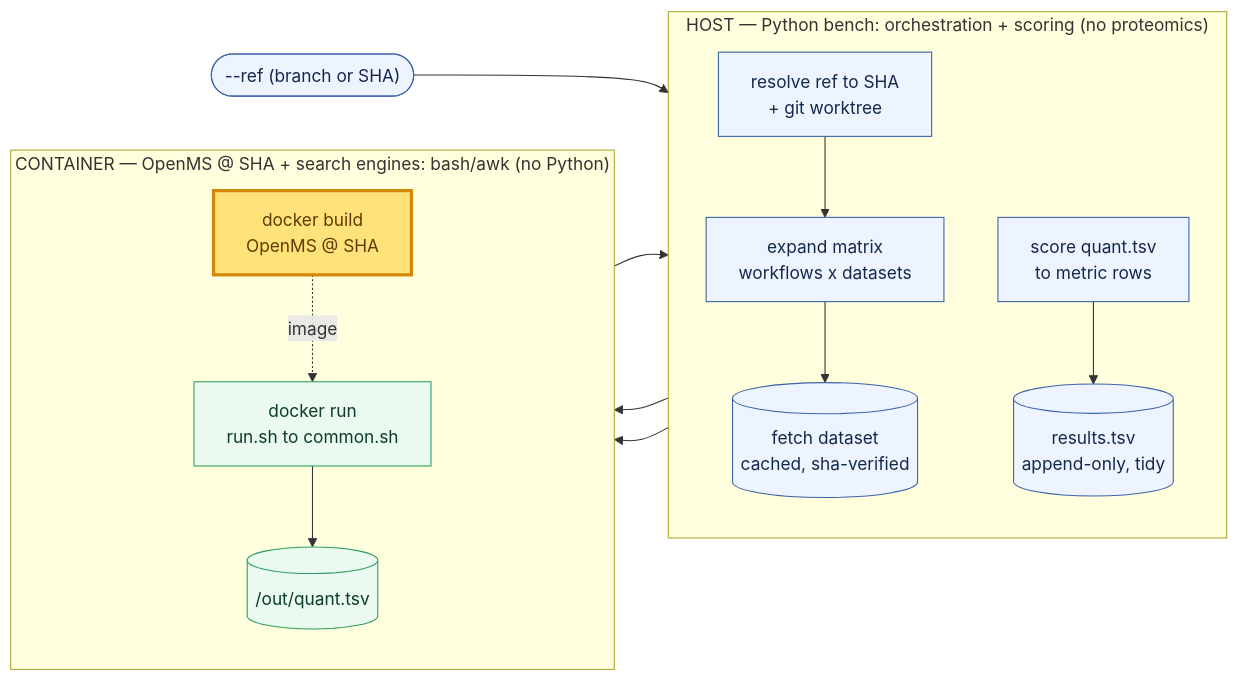
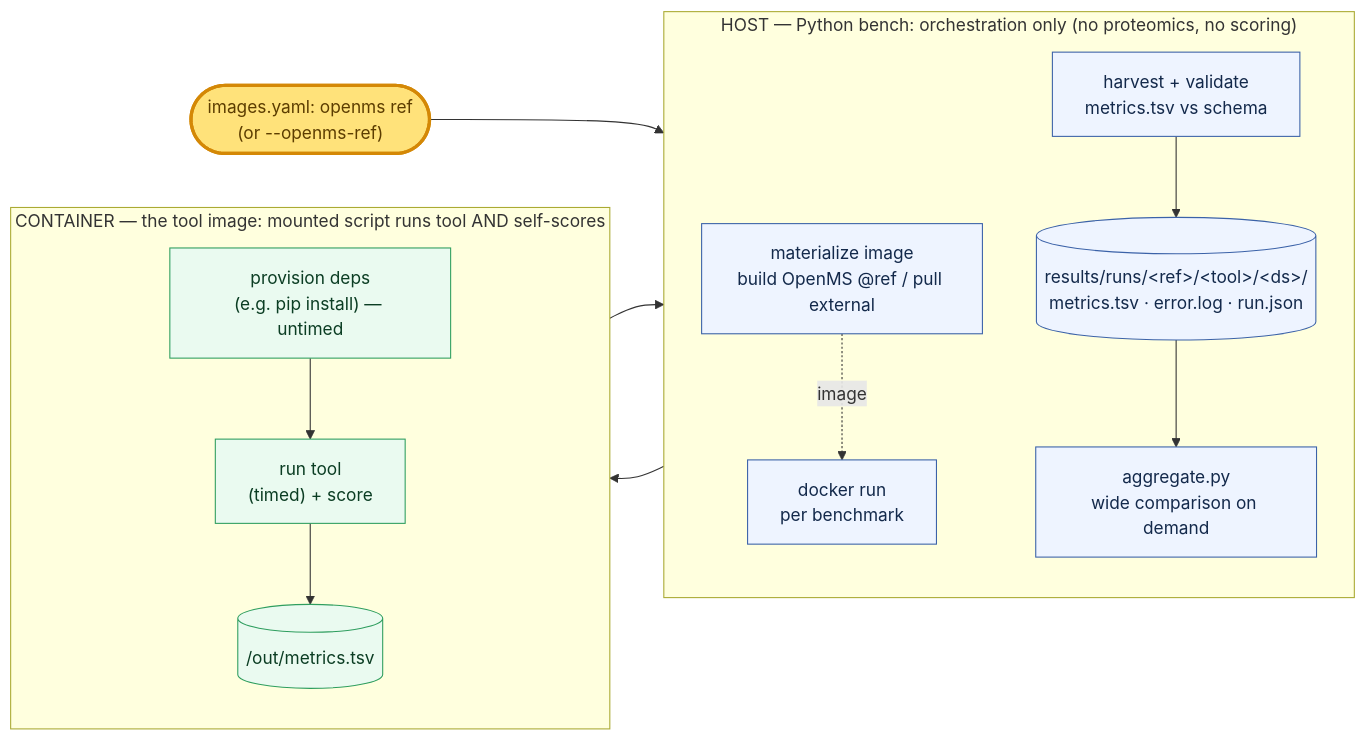
One commit to t0mdavid-m/OpenMS-Benchmarks changed the first of 2 diagrams in docs/benchmark-overview.md. Above: the diagram before and after it, drawn with Mermaid. The commit also changed other lines of this file and 25 other files, not shown here.

First line of the commit message:
feat: example input bundle + docs rewrite; remove datasets/ and workflows/

````diff
--- a/docs/benchmark-overview.md
+++ b/docs/benchmark-overview.md
@@ -16,34 +15,29 @@
 ```mermaid
 flowchart LR
-    REF(["--ref (branch or SHA)"]):::host
+    REF(["images.yaml: openms ref<br/>(or --openms-ref)"]):::var
 
-    subgraph HOST["HOST — Python bench: orchestration + scoring (no proteomics)"]
+    subgraph HOST["HOST — Python bench: orchestration only (no proteomics, no scoring)"]
         direction TB
-        RESOLVE["resolve ref to SHA<br/>+ git worktree"]:::host
-        MATRIX["expand matrix<br/>workflows x datasets"]:::host
-        FETCH[("fetch dataset<br/>cached, sha-verified")]:::host
-        SCORE["score quant.tsv<br/>to metric rows"]:::host
-        TSV[("results.tsv<br/>append-only, tidy")]:::host
+        IMG["materialize image<br/>build OpenMS @ref / pull external"]:::host
+        RUN["docker run<br/>per benchmark"]:::host
+        HARVEST["harvest + validate<br/>metrics.tsv vs schema"]:::host
+        TREE[("results/runs/&lt;ref&gt;/&lt;tool&gt;/&lt;ds&gt;/<br/>metrics.tsv · error.log · run.json")]:::host
+        AGG["aggregate.py<br/>wide comparison on demand"]:::host
     end
 
-    subgraph CONT["CONTAINER — OpenMS @ SHA + search engines: bash/awk (no Python)"]
+    subgraph CONT["CONTAINER — the tool image: mounted script runs tool AND self-scores"]
         direction TB
-        IMAGE["docker build<br/>OpenMS @ SHA"]:::var
-        RUN["docker run<br/>run.sh to common.sh"]:::cont
-        QUANT[("/out/quant.tsv")]:::cont
+        PROV["provision deps<br/>(e.g. pip install) — untimed"]:::cont
+        TOOL["run tool<br/>(timed) + score"]:::cont
+        METRICS[("/out/metrics.tsv")]:::cont
     end
 
-    REF --> RESOLVE
-    RESOLVE --> IMAGE
-    RESOLVE --> MATRIX
-    MATRIX --> FETCH
-    FETCH --> RUN
-    IMAGE -. "image" .-> RUN
-    RUN --> QUANT
-    QUANT --> SCORE
-    SCORE --> TSV
+    REF --> IMG
+    IMG -. "image" .-> RUN
+    RUN --> PROV --> TOOL --> METRICS
+    METRICS --> HARVEST --> TREE --> AGG
 
     classDef host fill:#eef4ff,stroke:#3b62a8,color:#13294b;
     classDef cont fill:#eafaf0,stroke:#2f9e5f,color:#0b3d23;
     classDef var fill:#ffe27a,stroke:#d48806,stroke-width:3px,color:#5c3d00;
 ```
````
